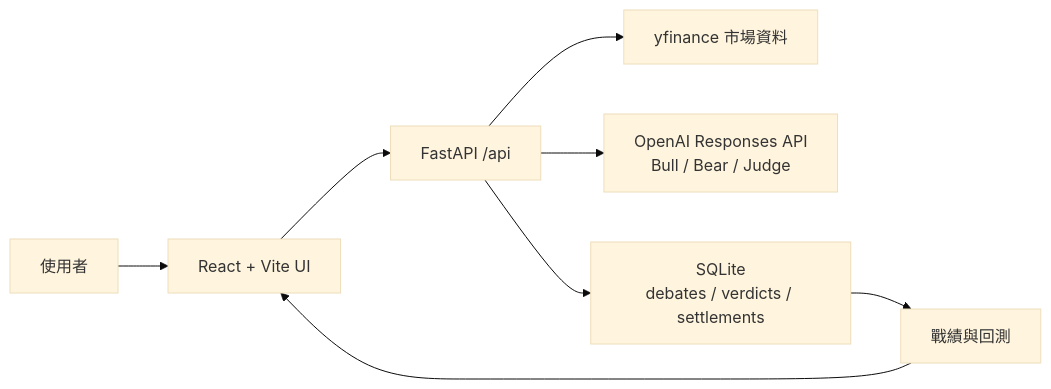
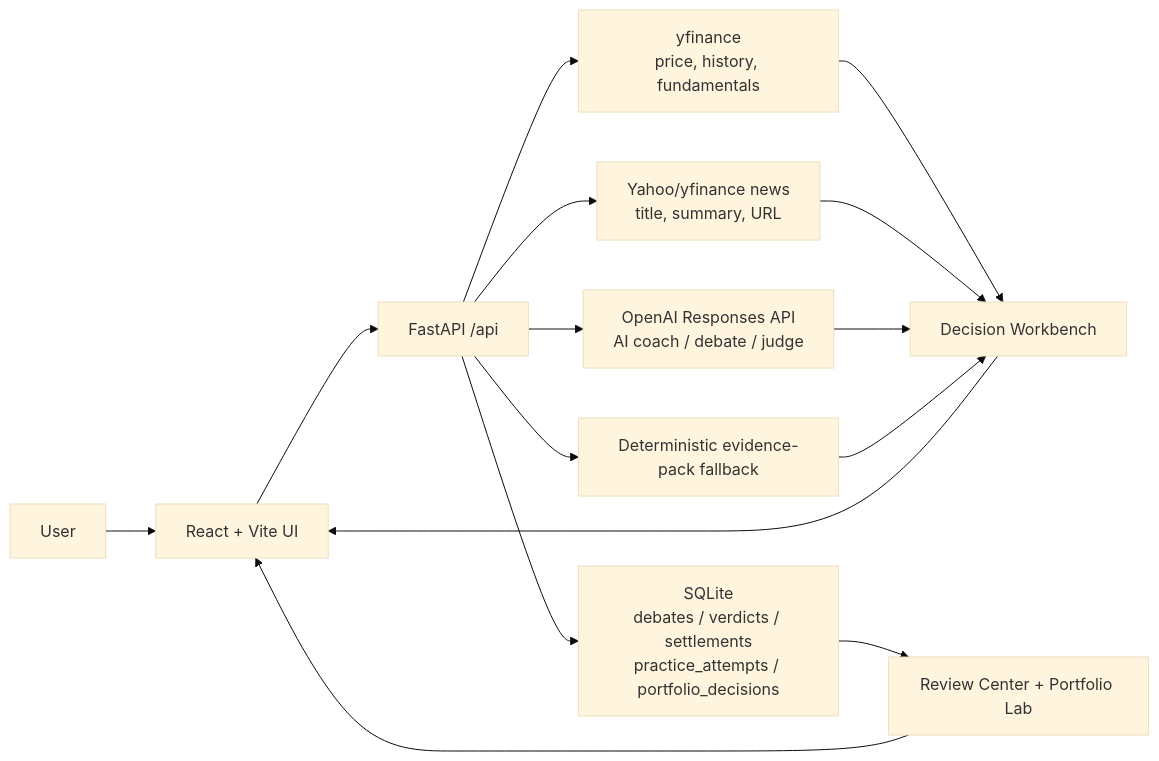
Before and after one commit to houyehh/FinDebate: the diagram in README.md, drawn with Mermaid (base theme). The commit also changed other lines of this file and 9 other files, not shown here.

````diff
--- a/README.md
+++ b/README.md
@@ -38,10 +108,17 @@
 ```mermaid
 flowchart LR
-  User["使用者"] --> UI["React + Vite UI"]
+  User["User"] --> UI["React + Vite UI"]
   UI --> API["FastAPI /api"]
-  API --> Market["yfinance 市場資料"]
-  API --> LLM["OpenAI Responses API<br/>Bull / Bear / Judge"]
-  API --> DB["SQLite<br/>debates / verdicts / settlements"]
-  DB --> Records["戰績與回測"]
-  Records --> UI
+  API --> Market["yfinance<br/>price, history, fundamentals"]
+  API --> News["Yahoo/yfinance news<br/>title, summary, URL"]
+  API --> GPT["OpenAI Responses API<br/>AI coach / debate / judge"]
+  API --> Fallback["Deterministic evidence-pack fallback"]
+  API --> DB["SQLite<br/>debates / verdicts / settlements<br/>practice_attempts / portfolio_decisions"]
+  Market --> Workbench["Decision Workbench"]
+  News --> Workbench
+  GPT --> Workbench
+  Fallback --> Workbench
+  Workbench --> UI
+  DB --> Review["Review Center + Portfolio Lab"]
+  Review --> UI
 ```
````
